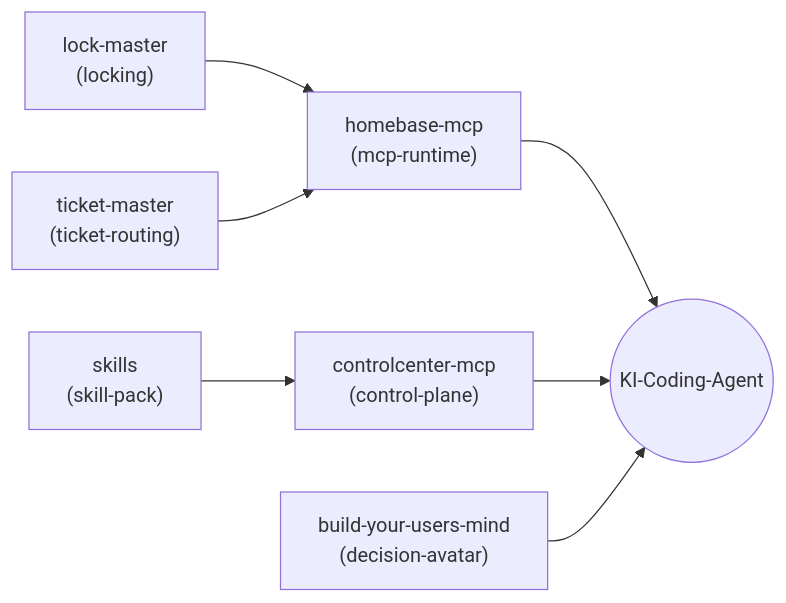
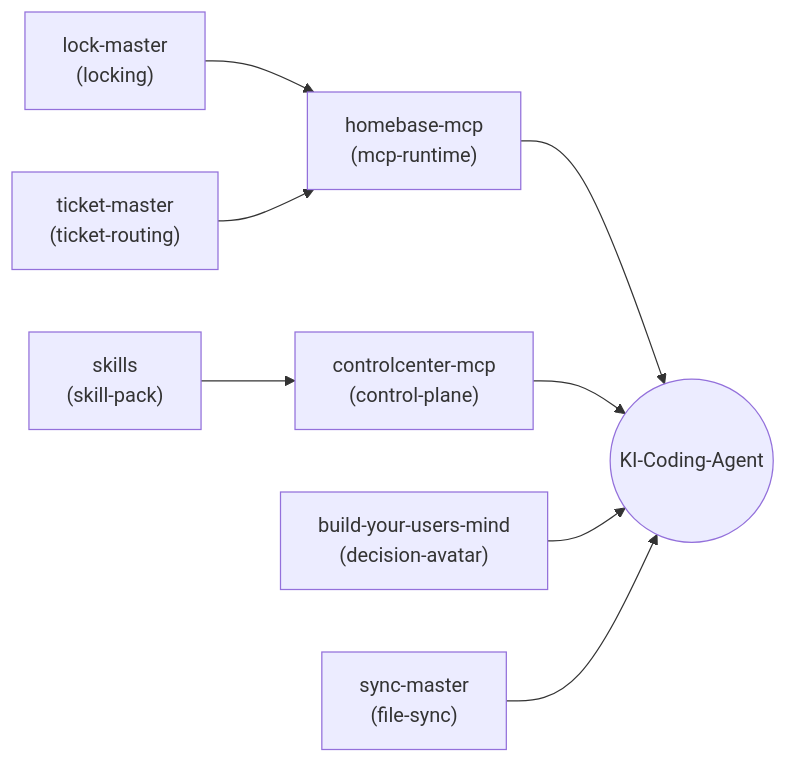
One commit to ellmos-ai/agent-ops-stack changed the diagram in README_de.md. Above: the diagram before and after it, drawn with Mermaid. The commit also changed other lines of this file and 3 other files, not shown here.

First line of the commit message:
feat: add sync-master as seventh module (file-sync)

````diff
--- a/README_de.md
+++ b/README_de.md
@@ -57,9 +58,10 @@
 ```mermaid
 flowchart LR
   SKILLS["skills\n(skill-pack)"] --> CC["controlcenter-mcp\n(control-plane)"]
   LOCK["lock-master\n(locking)"] --> HB["homebase-mcp\n(mcp-runtime)"]
   TICKET["ticket-master\n(ticket-routing)"] --> HB
   HB --> AGENT(("KI-Coding-Agent"))
   CC --> AGENT
   BYUM["build-your-users-mind\n(decision-avatar)"] --> AGENT
+  SYNC["sync-master\n(file-sync)"] --> AGENT
 ```
````
